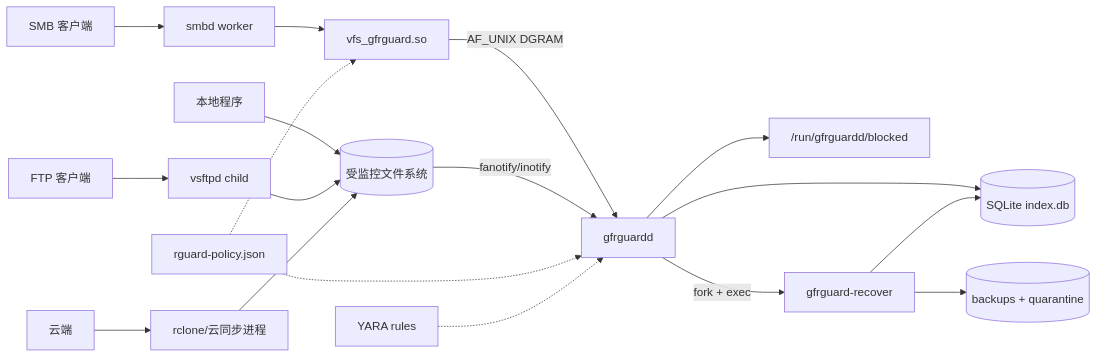
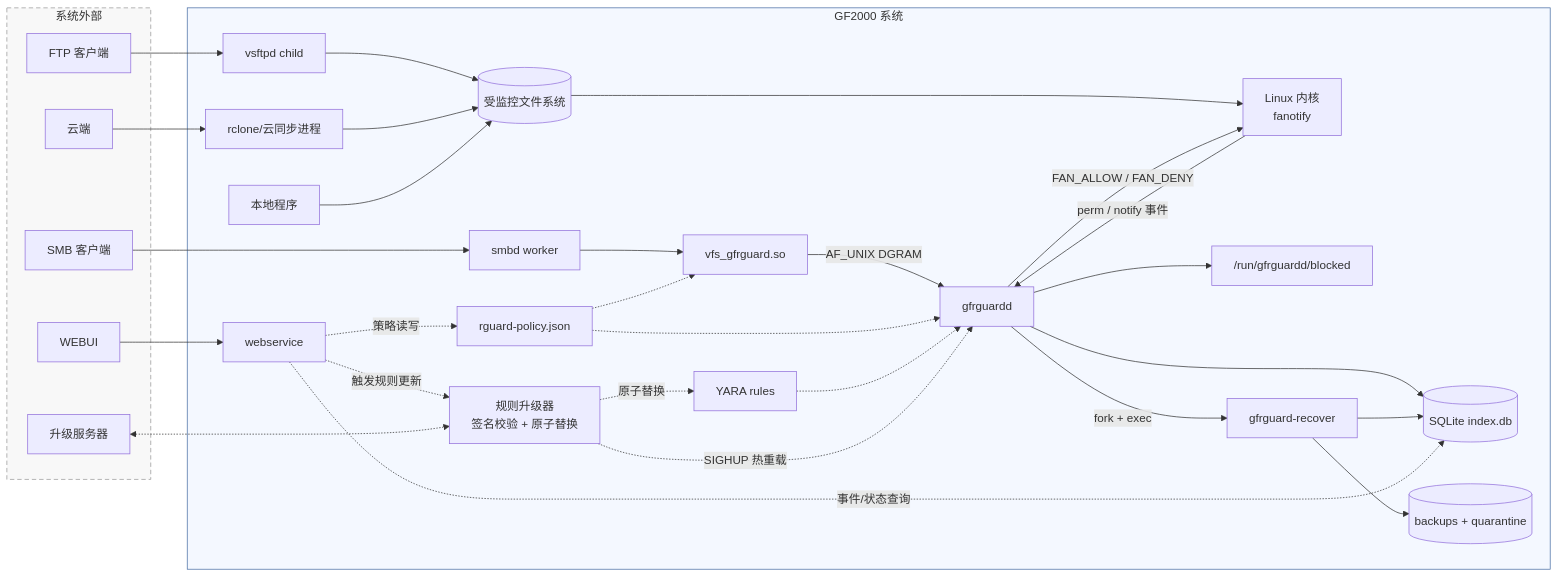
The first of 7 diagrams in doc/specs/architecture_v2.md (xd121614/ne_gfrguard), drawn with Mermaid before and after one commit. The commit also changed other lines of this file and 3 other files, not shown here.

````diff
--- a/doc/specs/architecture_v2.md
+++ b/doc/specs/architecture_v2.md
@@ -142,21 +149,60 @@
 ```mermaid
 flowchart LR
-	SMB[SMB 客户端] --> SMBD[smbd worker]
-	FTP[FTP 客户端] --> FTPD[vsftpd child]
-	CLOUD[云端] --> RCLONE[rclone/云同步进程]
-	LOCAL[本地程序] --> FS[(受监控文件系统)]
+	subgraph EXT["系统外部"]
+		SMB[SMB 客户端]
+		FTP[FTP 客户端]
+		CLOUD[云端]
+		UPDATESERVER[升级服务器]
+		WEB[WEBUI]
+	end
 
-	SMBD --> VFS[vfs_gfrguard.so]
-	FTPD --> FS
-	RCLONE --> FS
-	VFS -->|AF_UNIX DGRAM| D[gfrguardd]
-	FS -->|fanotify/inotify| D
-	D --> DB[(SQLite index.db)]
-	D --> BLOCKED["/run/gfrguardd/blocked"]
-	D -->|fork + exec| REC[gfrguard-recover]
-	REC --> STORE[(backups + quarantine)]
-	REC --> DB
-	CFG[rguard-policy.json] -.-> VFS
-	CFG -.-> D
-	RULES[YARA rules] -.-> D
+	subgraph SYS["GF2000 系统"]
+		SMBD[smbd worker]
+		FTPD[vsftpd child]
+		RCLONE[rclone/云同步进程]
+		LOCAL[本地程序]
+		FS[(受监控文件系统)]
+		VFS[vfs_gfrguard.so]
+		KERNEL[Linux 内核<br/>fanotify]
+		D[gfrguardd]
+		DB[(SQLite index.db)]
+		BLOCKED["/run/gfrguardd/blocked"]
+		REC[gfrguard-recover]
+		STORE[(backups + quarantine)]
+		CFG[rguard-policy.json]
+		RULES[YARA rules]
+		WSS[webservice]
+		RULEUP[规则升级器<br/>签名校验 + 原子替换]
+
+		SMBD --> VFS
+		FTPD --> FS
+		RCLONE --> FS
+		LOCAL --> FS
+		VFS -->|AF_UNIX DGRAM| D
+		FS --> KERNEL
+		KERNEL -->|perm / notify 事件| D
+		D -->|FAN_ALLOW / FAN_DENY| KERNEL
+		D --> DB
+		D --> BLOCKED
+		D -->|fork + exec| REC
+		REC --> STORE
+		REC --> DB
+		CFG -.-> VFS
+		CFG -.-> D
+		RULES -.-> D
+		WEB --> WSS
+		WSS -.->|策略读写| CFG
+		WSS -.->|事件/状态查询| DB
+		WSS -.->|触发规则更新| RULEUP
+		RULEUP -.->|原子替换| RULES
+		RULEUP -.->|SIGHUP 热重载| D
+	end
+
+	SMB --> SMBD
+	FTP --> FTPD
+	CLOUD --> RCLONE
+	UPDATESERVER <-.-> RULEUP
+
+	style EXT fill:#f8f8f8,stroke:#999,stroke-dasharray:6 4
+	style SYS fill:#f4f8ff,stroke:#4a6fa5
 ```
````
